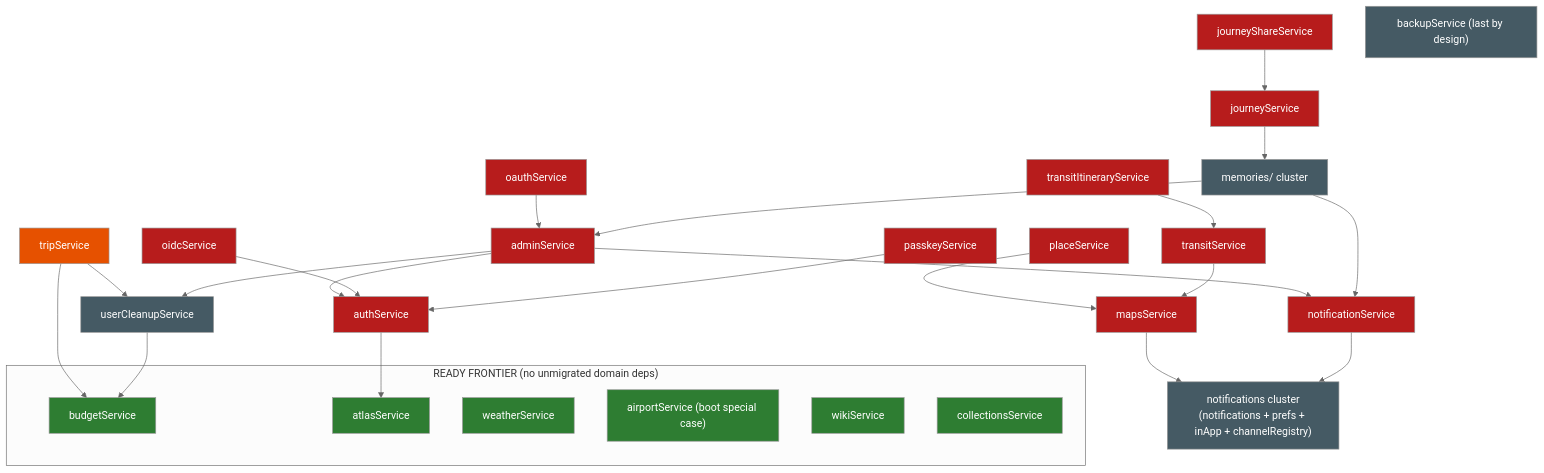
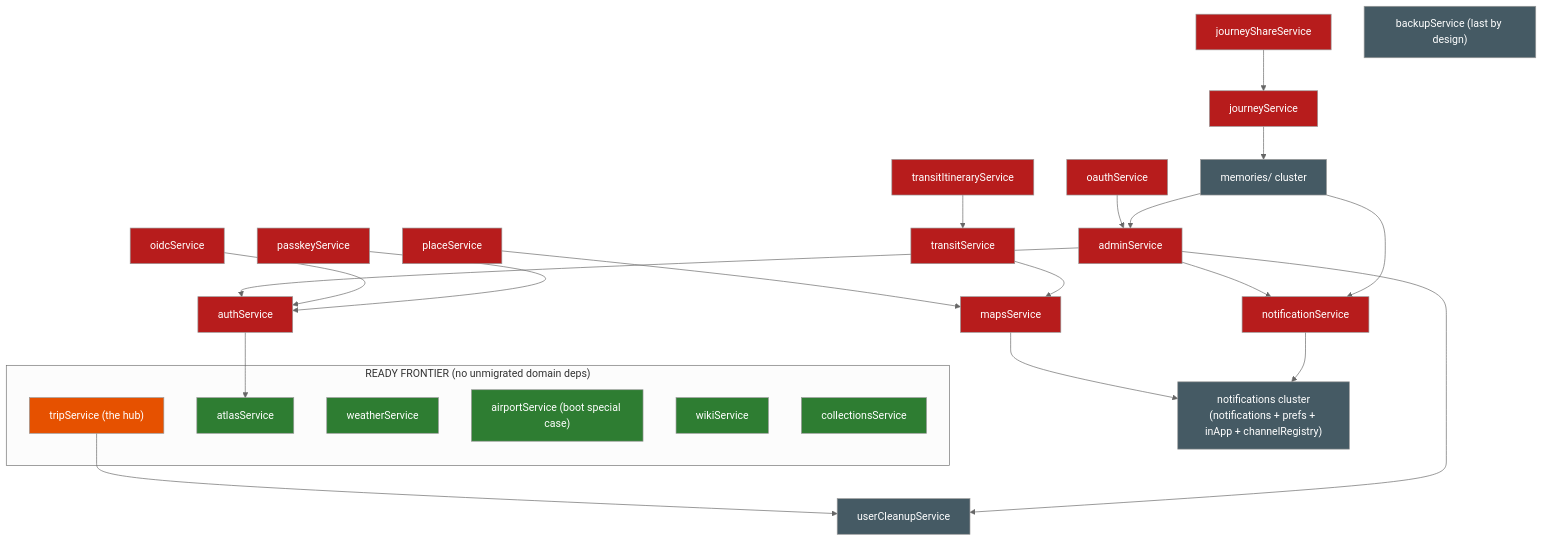
One commit to BeInLife/TREK changed the diagram in migration-graph.md. Above: the diagram before and after it, drawn with Mermaid (neutral theme). The commit also changed other lines of this file and 1 other file, not shown here.

Commit message:
docs: tick budgetService in migrate.md and refresh the migration graph

````diff
--- a/migration-graph.md
+++ b/migration-graph.md
@@ -56,50 +60,47 @@
 ```mermaid
 flowchart TD
   classDef ready fill:#2e7d32,color:#fff
   classDef blocked fill:#b71c1c,color:#fff
   classDef hub fill:#e65100,color:#fff
   classDef infra fill:#455a64,color:#fff
 
   subgraph frontier["READY FRONTIER (no unmigrated domain deps)"]
-    budget[budgetService]:::ready
+    trip["tripService (the hub)"]:::hub
     atlas[atlasService]:::ready
     weather[weatherService]:::ready
     airport["airportService (boot special case)"]:::ready
     wiki[wikiService]:::ready
     collections[collectionsService]:::ready
   end
-
-  trip[tripService]:::hub
   place[placeService]:::blocked
   maps[mapsService]:::blocked
   notifSvc[notificationService]:::blocked
   transit[transitService]:::blocked
   transitItin[transitItineraryService]:::blocked
   admin[adminService]:::blocked
   auth[authService]:::blocked
   oauth[oauthService]:::blocked
   oidc[oidcService]:::blocked
   passkey[passkeyService]:::blocked
   journey[journeyService]:::blocked
   journeyShare[journeyShareService]:::blocked
   backup["backupService (last by design)"]:::infra
   notifCluster["notifications cluster<br/>(notifications + prefs + inApp + channelRegistry)"]:::infra
   memories["memories/ cluster"]:::infra
   cleanup[userCleanupService]:::infra
 
-  trip --> budget & cleanup
-  cleanup --> budget
+  trip --> cleanup
   place --> maps
   maps --> notifCluster
   transit --> maps
   transitItin --> transit
   notifSvc --> notifCluster
   admin --> auth & notifSvc & cleanup
   auth --> atlas
   oauth --> admin
   oidc --> auth
   passkey --> auth
   journey --> memories
   journeyShare --> journey
   memories --> notifSvc & admin
 ```
````
